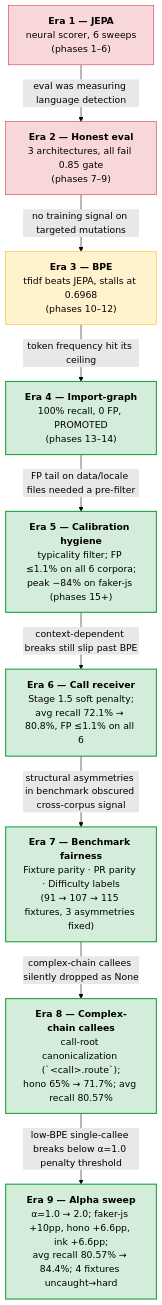
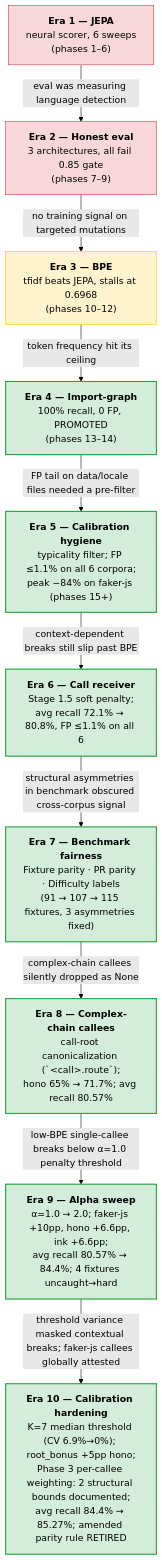
One commit to get-tmonier/argot changed the first of 9 diagrams in docs/research/README.md. Above: the diagram before and after it, drawn with Mermaid (forest theme). The commit also changed other lines of this file and 3 other files, not shown here.

````diff
--- a/docs/research/README.md
+++ b/docs/research/README.md
@@ -20,31 +20,34 @@
 ```mermaid
 flowchart TD
     E1["<b>Era 1 — JEPA</b><br/>neural scorer, 6 sweeps<br/>(phases 1–6)"]
     E2["<b>Era 2 — Honest eval</b><br/>3 architectures, all fail 0.85 gate<br/>(phases 7–9)"]
     E3["<b>Era 3 — BPE</b><br/>tfidf beats JEPA, stalls at 0.6968<br/>(phases 10–12)"]
     E4["<b>Era 4 — Import-graph</b><br/>100% recall, 0 FP, PROMOTED<br/>(phases 13–14)"]
     E5["<b>Era 5 — Calibration hygiene</b><br/>typicality filter; FP ≤1.1% on all 6 corpora;<br/>peak −84% on faker-js (phases 15+)"]
     E6["<b>Era 6 — Call receiver</b><br/>Stage 1.5 soft penalty;<br/>avg recall 72.1% → 80.8%, FP ≤1.1% on all 6"]
     E7["<b>Era 7 — Benchmark fairness</b><br/>Fixture parity · PR parity · Difficulty labels<br/>(91 → 107 → 115 fixtures, 3 asymmetries fixed)"]
     E8["<b>Era 8 — Complex-chain callees</b><br/>call-root canonicalization (`&lt;call&gt;.route`);<br/>hono 65% → 71.7%; avg recall 80.57%"]
     E9["<b>Era 9 — Alpha sweep</b><br/>α=1.0 → 2.0; faker-js +10pp, hono +6.6pp, ink +6.6pp;<br/>avg recall 80.57% → 84.4%; 4 fixtures uncaught→hard"]
+    E10["<b>Era 10 — Calibration hardening</b><br/>K=7 median threshold (CV 6.9%→0%); root_bonus +5pp hono;<br/>Phase 3 per-callee weighting: 2 structural bounds documented;<br/>avg recall 84.4% → 85.27%; amended parity rule RETIRED"]
 
     E1 -->|"eval was measuring language detection"| E2
     E2 -->|"no training signal on targeted mutations"| E3
     E3 -->|"token frequency hit its ceiling"| E4
     E4 -->|"FP tail on data/locale files needed a pre-filter"| E5
     E5 -->|"context-dependent breaks still slip past BPE"| E6
     E6 -->|"structural asymmetries in benchmark obscured cross-corpus signal"| E7
     E7 -->|"complex-chain callees silently dropped as None"| E8
     E8 -->|"low-BPE single-callee breaks below α=1.0 penalty threshold"| E9
+    E9 -->|"threshold variance masked contextual breaks; faker-js callees globally attested"| E10
 
     style E1 fill:#f8d7da,stroke:#dc3545
     style E2 fill:#f8d7da,stroke:#dc3545
     style E3 fill:#fff3cd,stroke:#ffc107
     style E4 fill:#d4edda,stroke:#28a745,stroke-width:2px
     style E5 fill:#d4edda,stroke:#28a745,stroke-width:2px
     style E6 fill:#d4edda,stroke:#28a745,stroke-width:2px
     style E7 fill:#d4edda,stroke:#28a745,stroke-width:2px
     style E8 fill:#d4edda,stroke:#28a745,stroke-width:2px
     style E9 fill:#d4edda,stroke:#28a745,stroke-width:2px
+    style E10 fill:#d4edda,stroke:#28a745,stroke-width:2px
 ```
````
